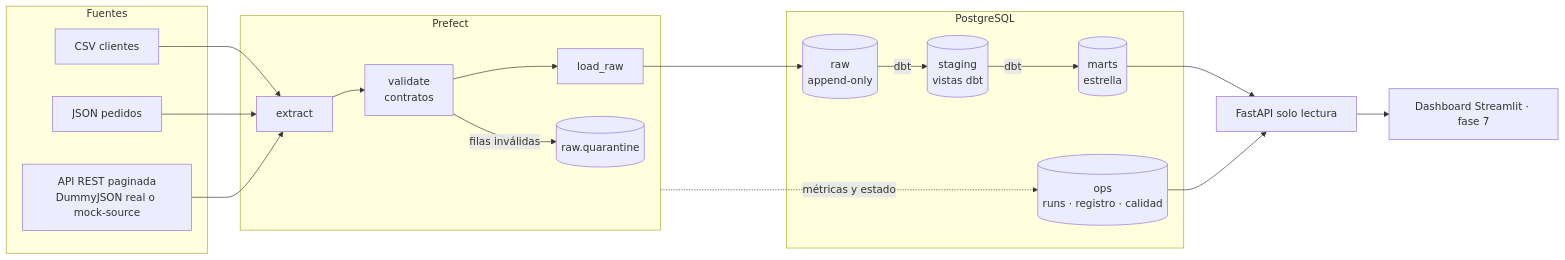
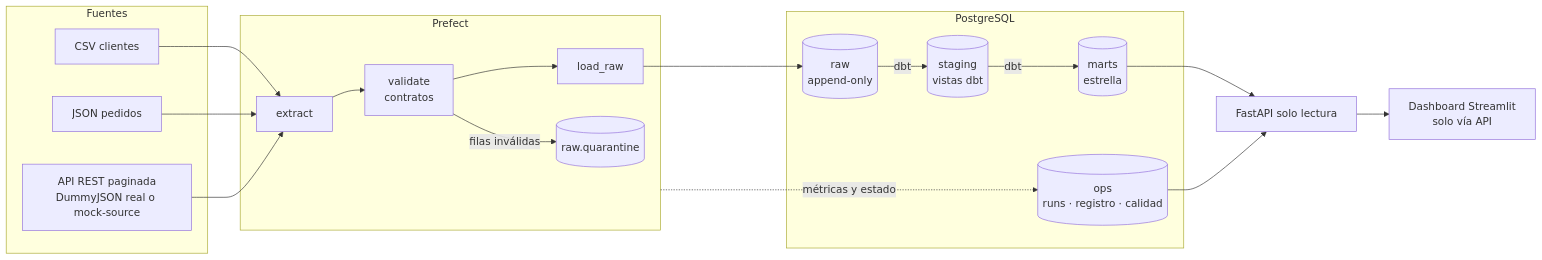
One commit to JuanSGarciaC/datapulse changed the first of 3 diagrams in docs/architecture.md. Above: the diagram before and after it, drawn with Mermaid. The commit also changed other lines of this file and 21 other files, not shown here.

First line of the commit message:
feat: fase 7 - dashboard de calidad, volúmenes, tiempos y errores

````diff
--- a/docs/architecture.md
+++ b/docs/architecture.md
@@ -8,30 +8,30 @@
 ```mermaid
 flowchart LR
     subgraph Fuentes
         CSV[CSV clientes]
         JSON[JSON pedidos]
         API[API REST paginada<br/>DummyJSON real o mock-source]
     end
 
     subgraph Orquestación["Prefect"]
         EX[extract] --> VA[validate<br/>contratos] --> LO[load_raw]
         VA -- filas inválidas --> Q[(raw.quarantine)]
     end
 
     subgraph PostgreSQL
         RAW[(raw<br/>append-only)]
         STG[(staging<br/>vistas dbt)]
         MART[(marts<br/>estrella)]
         OPS[(ops<br/>runs · registro · calidad)]
     end
 
     CSV --> EX
     JSON --> EX
     API --> EX
     LO --> RAW
     RAW -- dbt --> STG -- dbt --> MART
     Orquestación -. métricas y estado .-> OPS
     MART --> FAPI[FastAPI solo lectura]
     OPS --> FAPI
-    FAPI --> DASH[Dashboard Streamlit · fase 7]
+    FAPI --> DASH[Dashboard Streamlit<br/>solo vía API]
 ```
````
